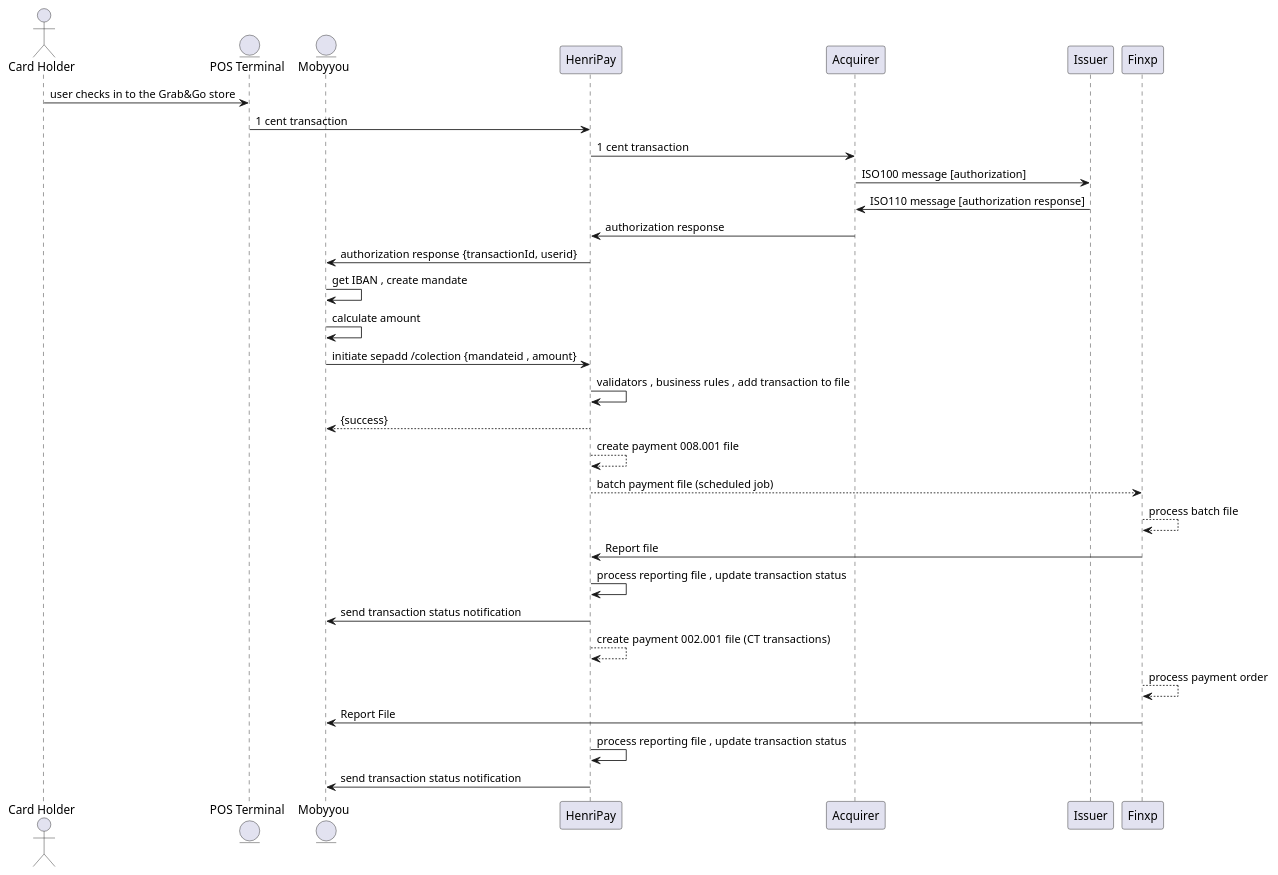
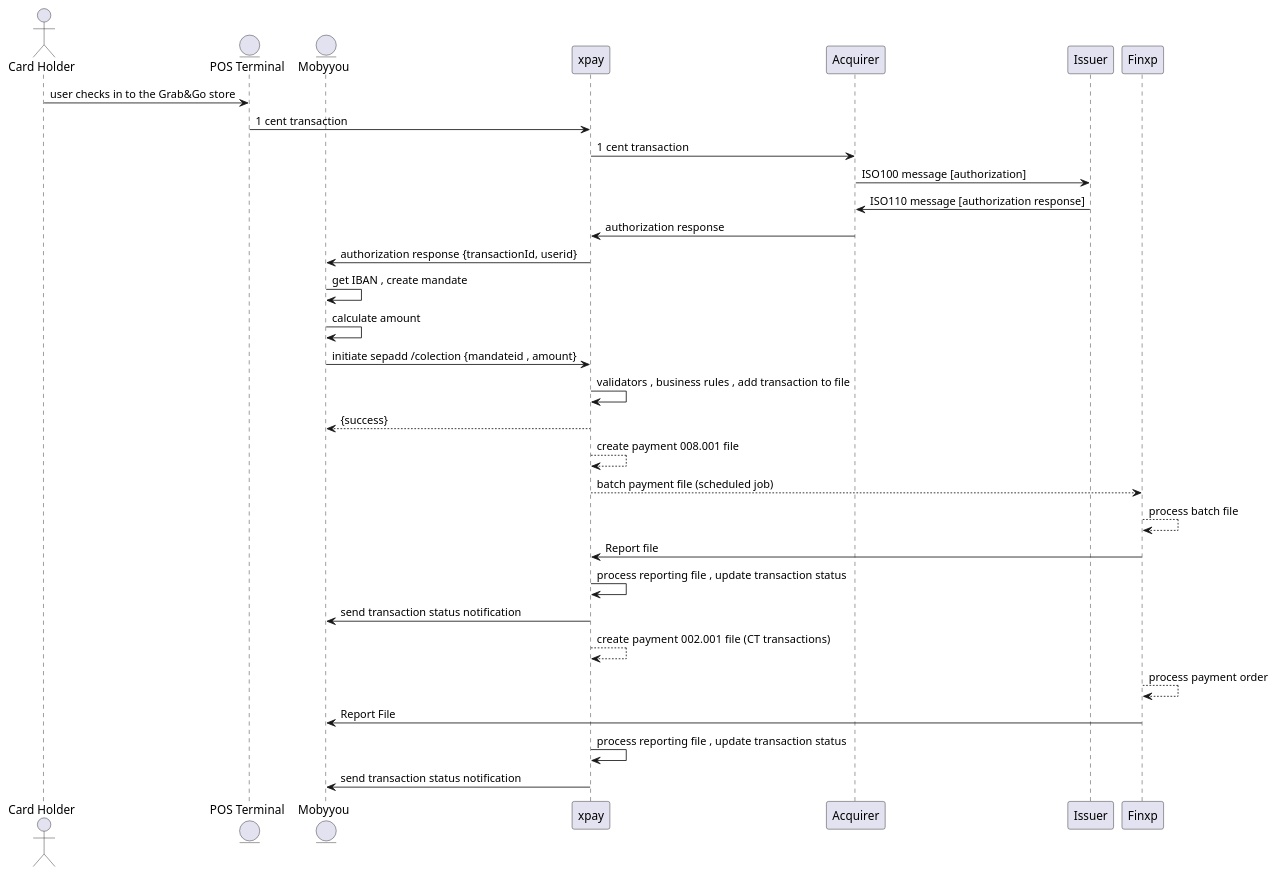
One commit to saidkhalfaoui/xpay changed the diagram in src/main/resources/sequences/arena/debitcard-inperson.puml. Above: the diagram before and after it, drawn with PlantUML. The commit also changed 554 other files, not shown here.

```diff
--- a/src/main/resources/sequences/arena/debitcard-inperson.puml
+++ b/src/main/resources/sequences/arena/debitcard-inperson.puml
@@ -1,36 +1,36 @@
 @startuml
 'https://plantuml.com/sequence-diagram
 actor "Card Holder" as holder
 entity "POS Terminal" as POS
 
 entity "Mobyyou" as mobyyou
-participant "HenriPay" as HenriPay
+participant "xpay" as xpay
 participant "Acquirer" as Acq
 participant "Issuer" as issuer
 holder->POS: user checks in to the Grab&Go store
-POS-> HenriPay: 1 cent transaction
-HenriPay ->Acq: 1 cent transaction
+POS-> xpay: 1 cent transaction
+xpay ->Acq: 1 cent transaction
 Acq -> issuer : ISO100 message [authorization]
 issuer -> Acq : ISO110 message [authorization response]
-Acq -> HenriPay: authorization response
-HenriPay-> mobyyou : authorization response {transactionId, userid}
+Acq -> xpay: authorization response
+xpay-> mobyyou : authorization response {transactionId, userid}
 mobyyou->mobyyou: get IBAN , create mandate
 mobyyou->mobyyou : calculate amount
-mobyyou->HenriPay : initiate sepadd /colection {mandateid , amount}
-HenriPay->HenriPay: validators , business rules , add transaction to file
-HenriPay-->mobyyou : {success}
-HenriPay-->HenriPay : create payment 008.001 file
-HenriPay-->Finxp : batch payment file (scheduled job)
+mobyyou->xpay : initiate sepadd /colection {mandateid , amount}
+xpay->xpay: validators , business rules , add transaction to file
+xpay-->mobyyou : {success}
+xpay-->xpay : create payment 008.001 file
+xpay-->Finxp : batch payment file (scheduled job)
 Finxp--> Finxp : process batch file
-Finxp->HenriPay: Report file
-HenriPay->HenriPay : process reporting file , update transaction status
-HenriPay-> mobyyou : send transaction status notification
+Finxp->xpay: Report file
+xpay->xpay : process reporting file , update transaction status
+xpay-> mobyyou : send transaction status notification
 
-HenriPay-->HenriPay : create payment 002.001 file  (CT transactions)
+xpay-->xpay : create payment 002.001 file  (CT transactions)
 Finxp-->Finxp : process payment order
 Finxp -> mobyyou: Report File
-HenriPay->HenriPay : process reporting file , update transaction status
-HenriPay-> mobyyou : send transaction status notification
+xpay->xpay : process reporting file , update transaction status
+xpay-> mobyyou : send transaction status notification
 
 
 @enduml
```
